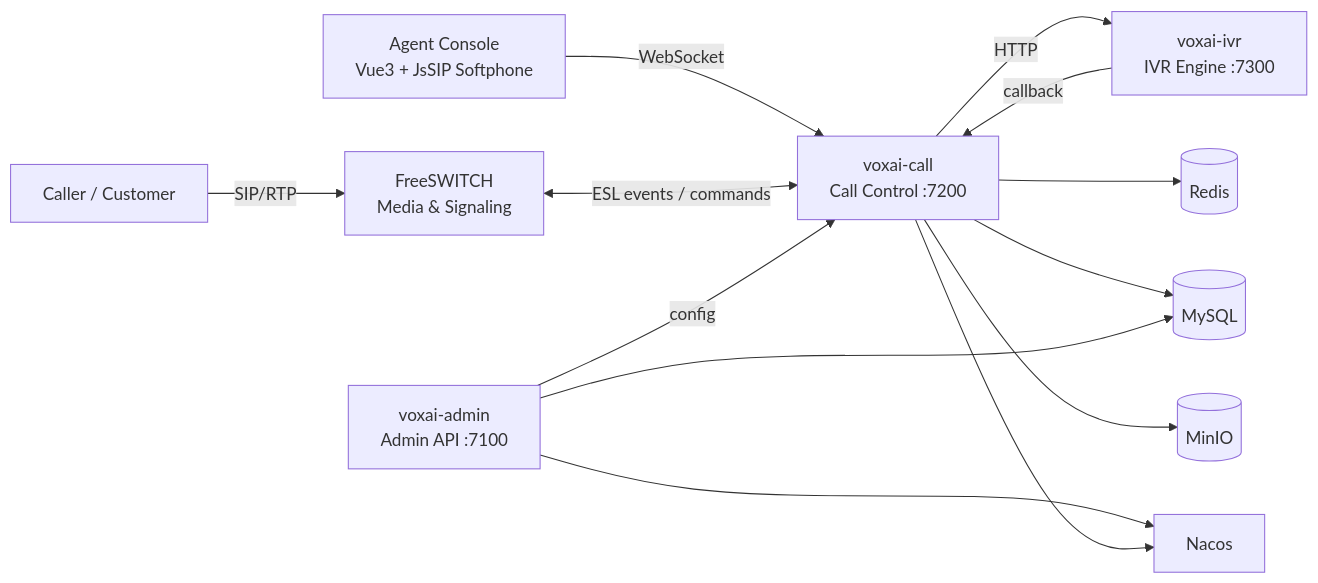
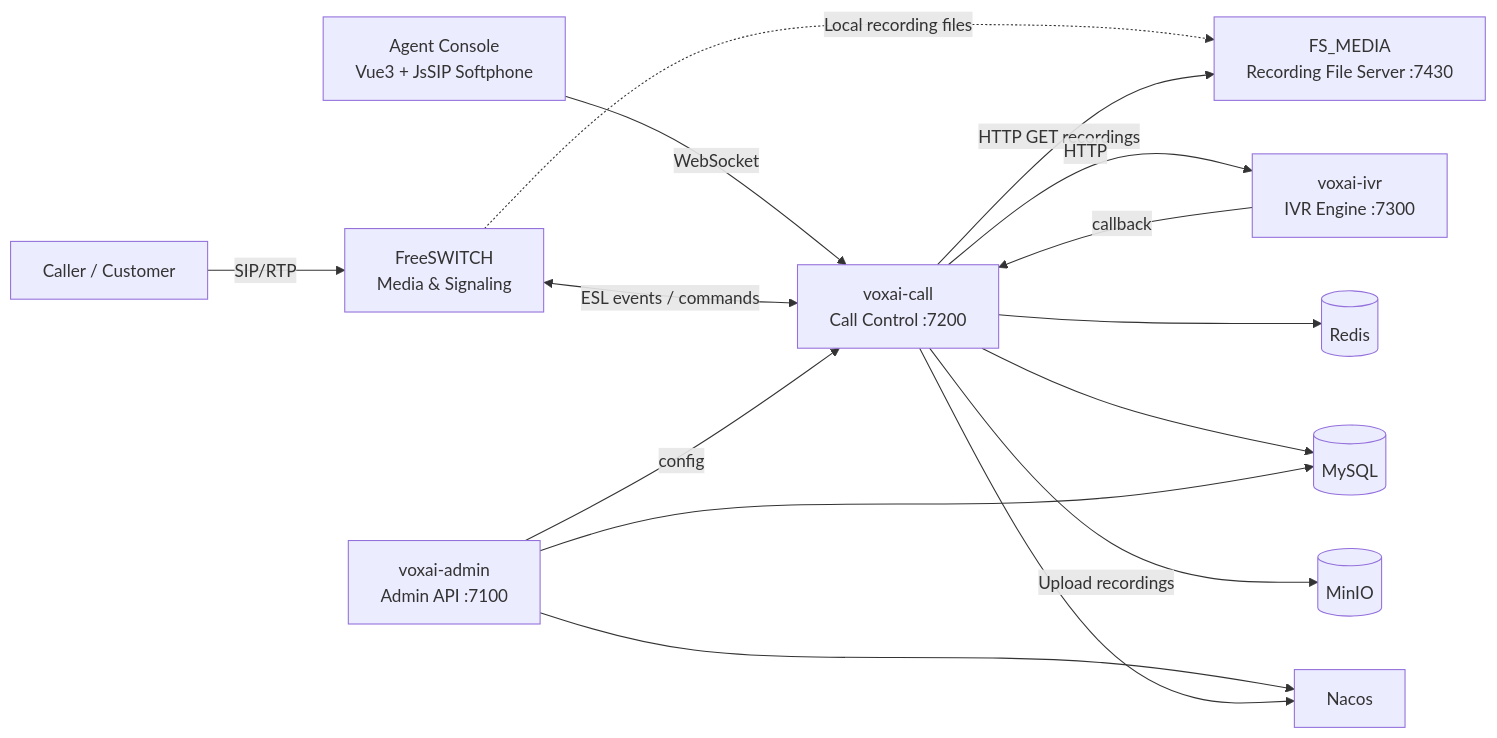
Before and after one commit to dongjb741280/ai-call-center: the diagram in README.md, drawn with Mermaid. The commit also changed other lines of this file and 1 other file, not shown here.

Commit message:
docs: add recording file server to architecture diagrams

````diff
--- a/README.md
+++ b/README.md
@@ -45,15 +45,17 @@
 ```mermaid
 flowchart LR
     AG[Agent Console<br/>Vue3 + JsSIP Softphone] -- WebSocket --> CALL
     CP[Caller / Customer] -- SIP/RTP --> FS[FreeSWITCH<br/>Media & Signaling]
     FS <-- "ESL events / commands" --> CALL[voxai-call<br/>Call Control :7200]
+    FS -. Local recording files .-> MEDIA[FS_MEDIA<br/>Recording File Server :7430]
+    CALL -- HTTP GET recordings --> MEDIA
     CALL -- HTTP --> IVR[voxai-ivr<br/>IVR Engine :7300]
     IVR -- callback --> CALL
     ADMIN[voxai-admin<br/>Admin API :7100] -- config --> CALL
     CALL --> R[(Redis)]
     CALL --> DB[(MySQL)]
-    CALL --> M[(MinIO)]
+    CALL -- Upload recordings --> M[(MinIO)]
     ADMIN --> DB
     ADMIN --> N[Nacos]
     CALL --> N
 ```
````
